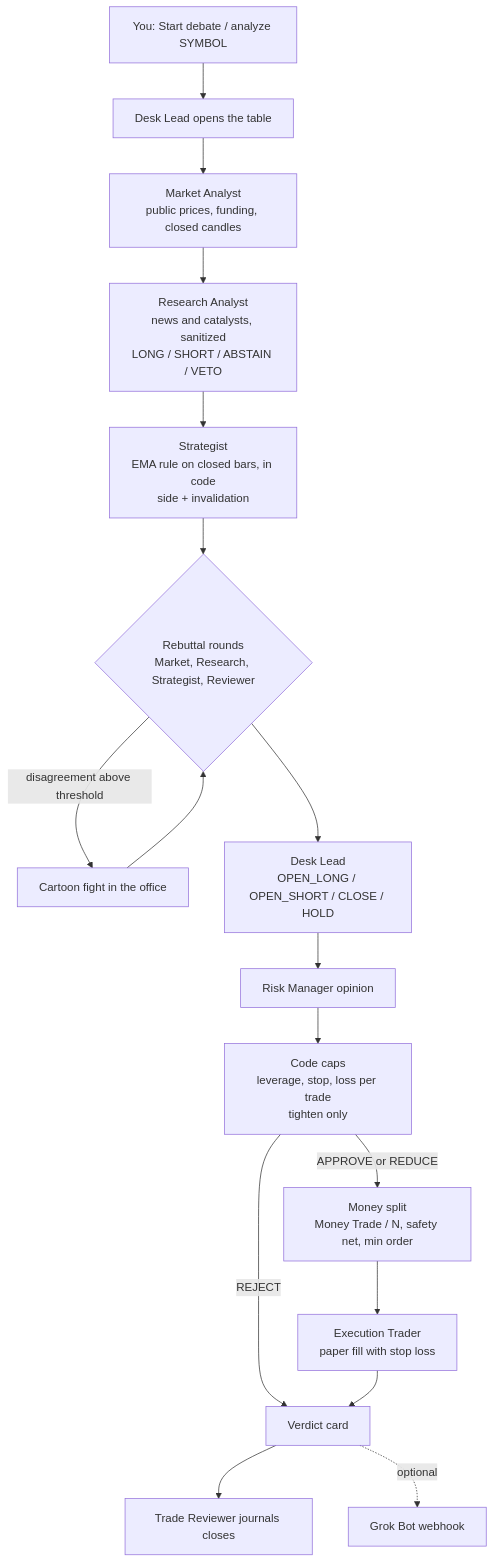
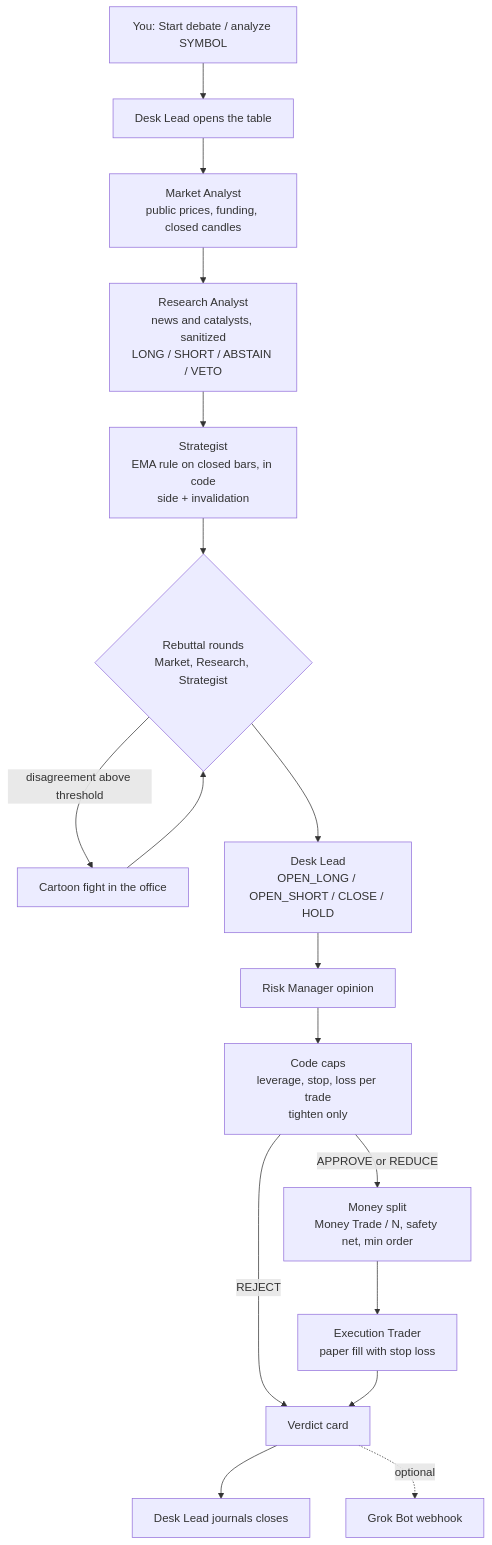
Before and after one commit to aabrur/trading-agent-mpu-gandring: the first of 2 diagrams in README.md, drawn with Mermaid. The commit also changed other lines of this file and 41 other files, not shown here.

````diff
--- a/README.md
+++ b/README.md
@@ -159,19 +168,19 @@
 ```mermaid
 flowchart TD
     U[You: Start debate / analyze SYMBOL] --> L0[Desk Lead opens the table]
     L0 --> M[Market Analyst<br/>public prices, funding, closed candles]
     M --> R[Research Analyst<br/>news and catalysts, sanitized<br/>LONG / SHORT / ABSTAIN / VETO]
     R --> S[Strategist<br/>EMA rule on closed bars, in code<br/>side + invalidation]
-    S --> D{Rebuttal rounds<br/>Market, Research, Strategist, Reviewer}
+    S --> D{Rebuttal rounds<br/>Market, Research, Strategist}
     D -->|disagreement above threshold| F[Cartoon fight in the office]
     F --> D
     D --> L[Desk Lead<br/>OPEN_LONG / OPEN_SHORT / CLOSE / HOLD]
     L --> K[Risk Manager opinion]
     K --> C[Code caps<br/>leverage, stop, loss per trade<br/>tighten only]
     C -->|REJECT| V[Verdict card]
     C -->|APPROVE or REDUCE| P[Money split<br/>Money Trade / N, safety net, min order]
     P --> E[Execution Trader<br/>paper fill with stop loss]
     E --> V
-    V --> J[Trade Reviewer journals closes]
+    V --> J[Desk Lead journals closes]
     V -.optional.-> G[Grok Bot webhook]
 ```
````
